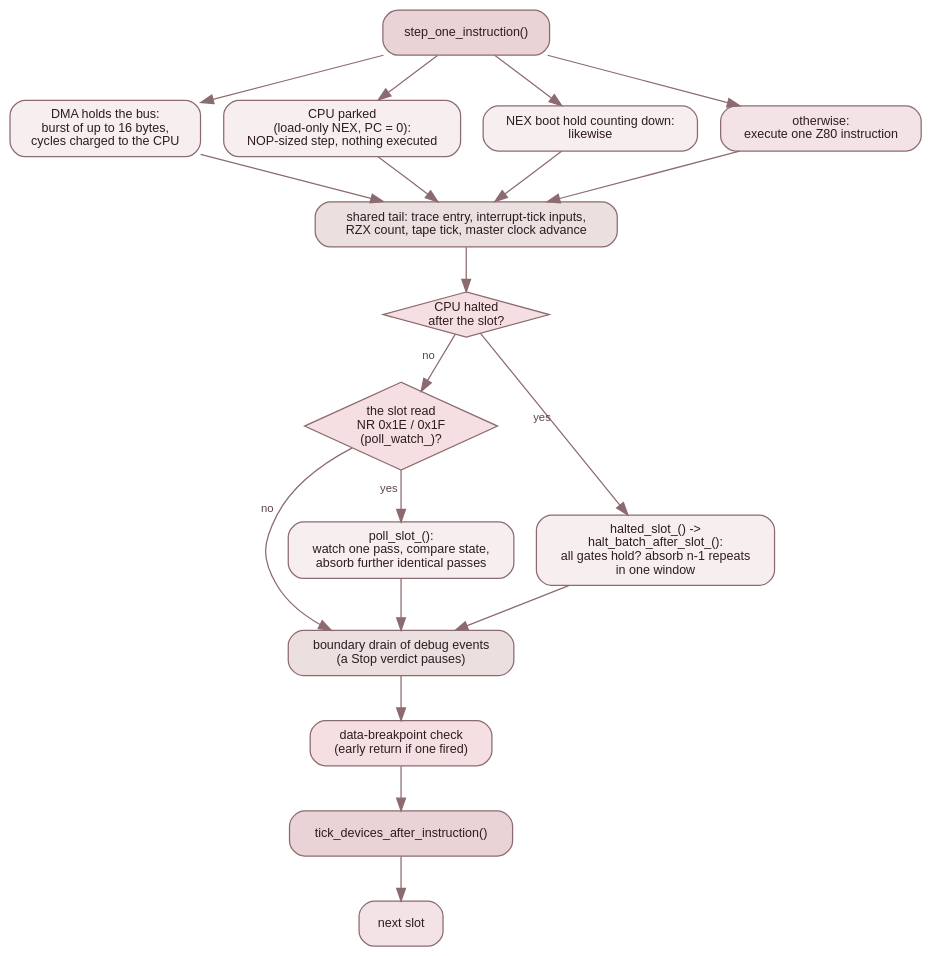
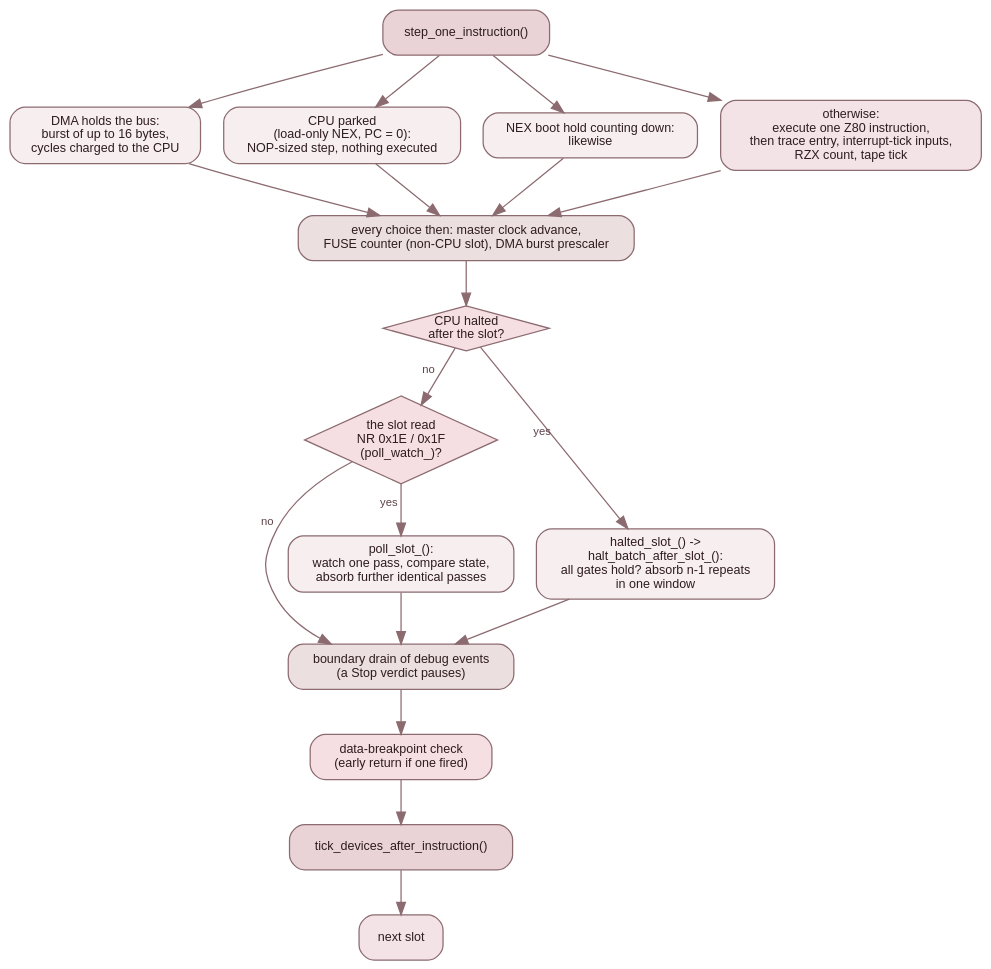
Before and after one commit to jorgegv/jnext: the diagram in src/doc/developer-guide/diagrams/frame-slot.dot, drawn with Graphviz. The commit also changed 20 other files, not shown here.

Commit message:
GH #504 round 3: regex damage (+7.7 %, libcurl 7.66), srcdbg overview, remote plan path, frame-slot figure, 3.10.2 figures, TAF-80, LOC/video wording, 5.6 duplicate

```diff
--- a/src/doc/developer-guide/diagrams/frame-slot.dot
+++ b/src/doc/developer-guide/diagrams/frame-slot.dot
@@ -1,47 +1,47 @@
 // One instruction slot of Emulator::run_frame(): the four things
 // step_one_instruction() can do, and the two batches that may absorb the
 // repeats of a slot afterwards (src/core/emulator.cpp).
 //
 // Rendered by `make docs-devguide-diagrams` into ../img/frame-slot.svg,
 // which is COMMITTED. Edit this file, never the SVG.
 //
 // Palette note: the page theme's pastel dark red family (see css/theme.css).
 // Light fills, dark labels, transparent canvas, so the figure reads on both
 // the light and the dark theme.
 digraph frame_slot {
     bgcolor="transparent";
     rankdir=TB;
     fontname="Helvetica";
     node [shape=box, style="filled,rounded", fontname="Helvetica", fontsize=10,
           fillcolor="#f7eef0", color="#8c6b70", fontcolor="#2e1c1f", margin="0.16,0.08"];
     edge [color="#8c6b70", fontname="Helvetica", fontsize=9, fontcolor="#5c4247"];
 
     slot [label="step_one_instruction()", fillcolor="#e9d3d6"];
     d1 [label="DMA holds the bus:\nburst of up to 16 bytes,\ncycles charged to the CPU"];
     d2 [label="CPU parked\n(load-only NEX, PC = 0):\nNOP-sized step, nothing executed"];
     d3 [label="NEX boot hold counting down:\nlikewise"];
-    d4 [label="otherwise:\nexecute one Z80 instruction", fillcolor="#f3e3e6"];
+    d4 [label="otherwise:\nexecute one Z80 instruction,\nthen trace entry, interrupt-tick inputs,\nRZX count, tape tick", fillcolor="#f3e3e6"];
 
-    tail [label="shared tail: trace entry, interrupt-tick inputs,\nRZX count, tape tick, master clock advance", fillcolor="#ecdfe0"];
+    tail [label="every choice then: master clock advance,\nFUSE counter (non-CPU slot), DMA burst prescaler", fillcolor="#ecdfe0"];
     drain [label="boundary drain of debug events\n(a Stop verdict pauses)", fillcolor="#ecdfe0"];
     brk  [label="data-breakpoint check\n(early return if one fired)", fillcolor="#f5dfe2"];
     dev  [label="tick_devices_after_instruction()", fillcolor="#e9d3d6"];
 
     halt [shape=diamond, style="filled", fillcolor="#f5dfe2", margin="0.02,0.02",
           label="CPU halted\nafter the slot?"];
     poll [shape=diamond, style="filled", fillcolor="#f5dfe2", margin="0.02,0.02",
           label="the slot read\nNR 0x1E / 0x1F\n(poll_watch_)?"];
     hb   [label="halted_slot_() ->\nhalt_batch_after_slot_():\nall gates hold? absorb n-1 repeats\nin one window"];
     pb   [label="poll_slot_():\nwatch one pass, compare state,\nabsorb further identical passes"];
     next [label="next slot", fillcolor="#f3e3e6"];
 
     slot -> d1; slot -> d2; slot -> d3; slot -> d4;
     {d1 d2 d3 d4} -> tail;
     tail -> halt;
     halt -> hb   [xlabel="  yes"];
     halt -> poll [xlabel="  no"];
     poll -> pb   [xlabel="  yes"];
     poll -> drain [xlabel="  no"];
     hb -> drain; pb -> drain;
     drain -> brk -> dev -> next;
 }
```
